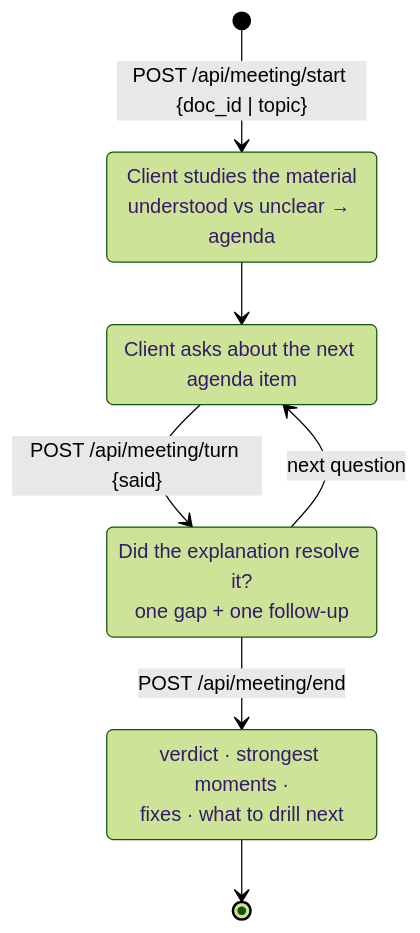
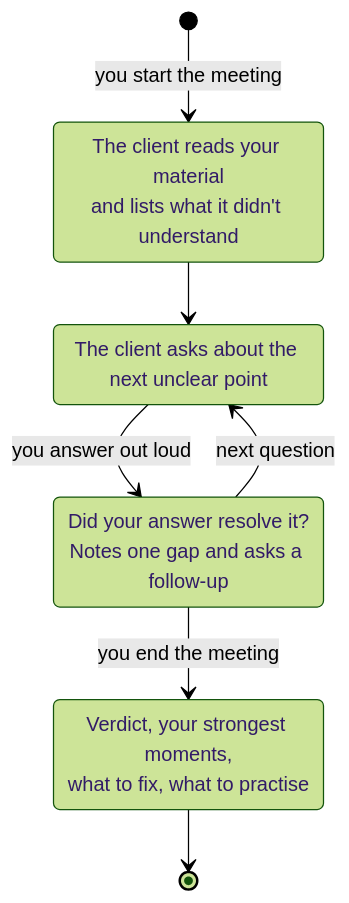
Before and after one commit to Chaitanya674/Recal-AI: diagram 14 of 19 in docs/DOCUMENTATION.md, drawn with Mermaid (forest theme). The commit also changed other lines of this file, not shown here.

````diff
--- a/docs/DOCUMENTATION.md
+++ b/docs/DOCUMENTATION.md
@@ -558,13 +611,13 @@
 ```mermaid
 stateDiagram-v2
-    [*] --> Prep: POST /api/meeting/start {doc_id | topic}
-    Prep: Client studies the material<br/>understood vs unclear → agenda
-    Prep --> Asking
-    Asking: Client asks about the next agenda item
-    Asking --> Judging: POST /api/meeting/turn {said}
-    Judging: Did the explanation resolve it?<br/>one gap + one follow-up
-    Judging --> Asking: next question
-    Judging --> Debrief: POST /api/meeting/end
-    Debrief: verdict · strongest moments ·<br/>fixes · what to drill next
+    [*] --> Preparing: you start the meeting
+    Preparing: The client reads your material<br/>and lists what it didn't understand
+    Preparing --> Asking
+    Asking: The client asks about the next unclear point
+    Asking --> Listening: you answer out loud
+    Listening: Did your answer resolve it?<br/>Notes one gap and asks a follow-up
+    Listening --> Asking: next question
+    Listening --> Debrief: you end the meeting
+    Debrief: Verdict, your strongest moments,<br/>what to fix, what to practise
     Debrief --> [*]
 ```
````
